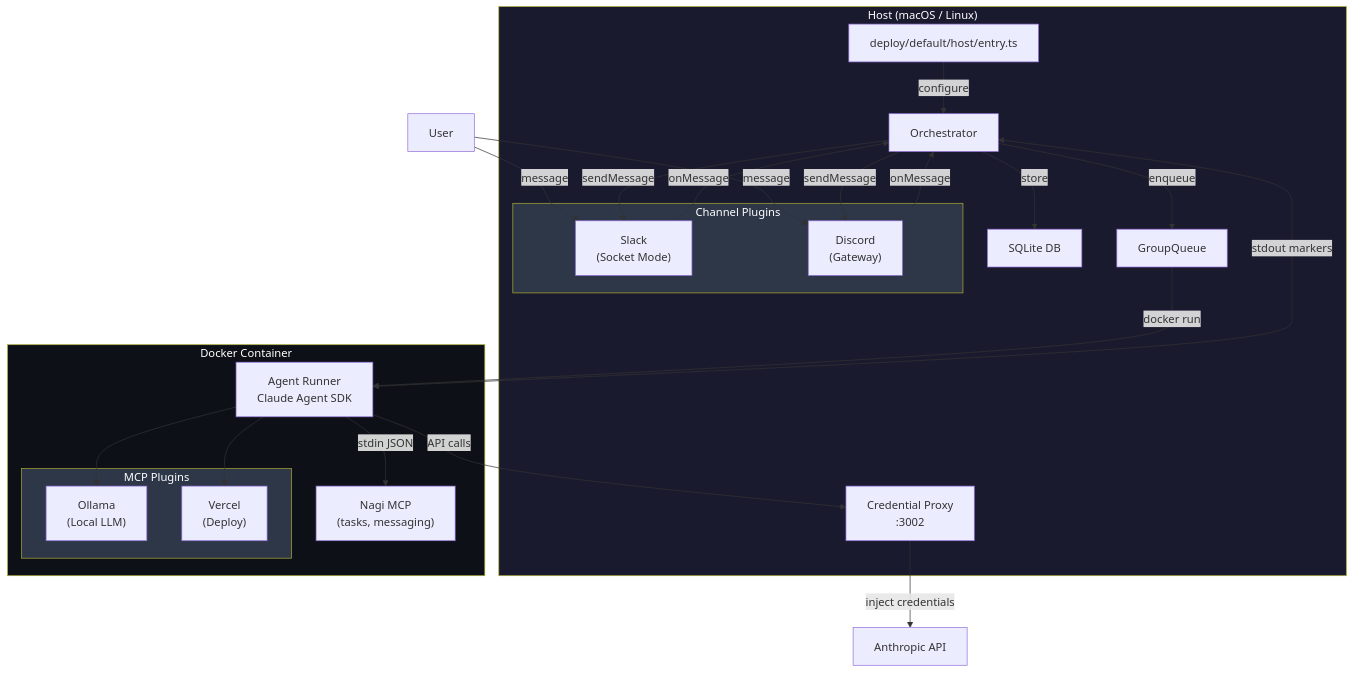
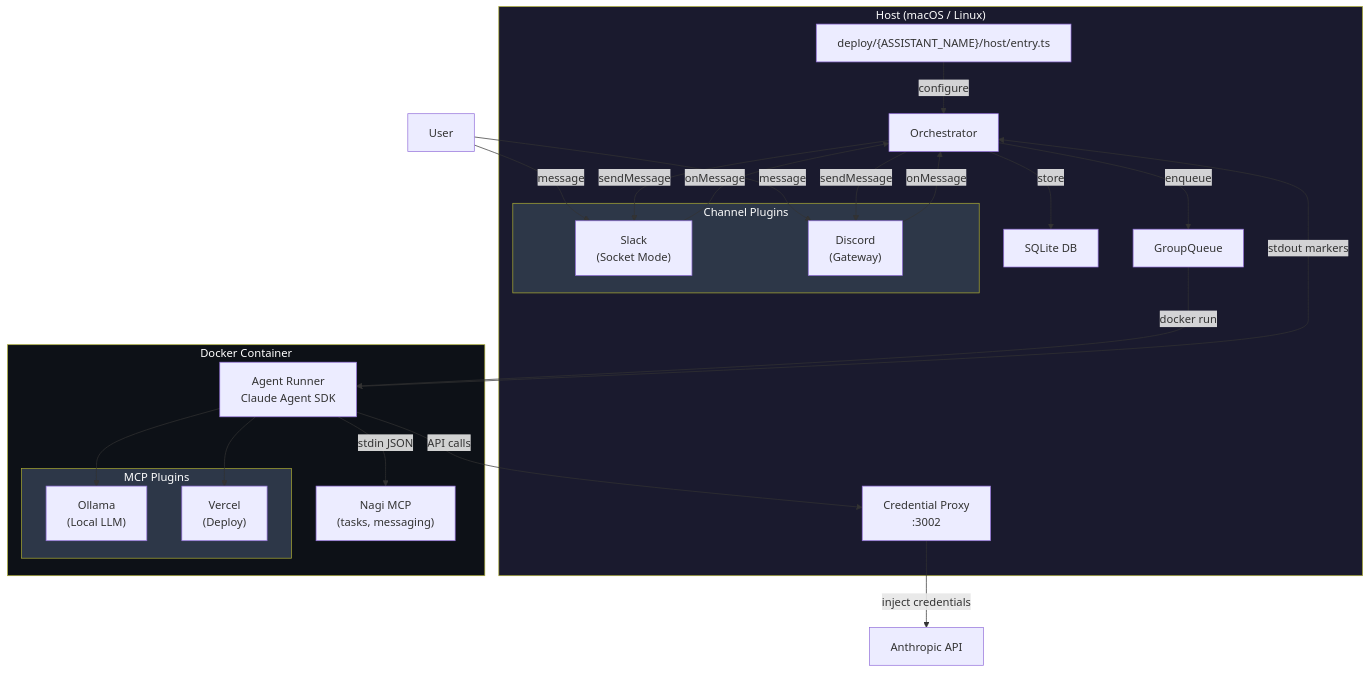
The first of 3 diagrams in docs/architecture.md (yukihirop/nagi), drawn with Mermaid before and after one commit. The commit also changed other lines of this file and 43 other files, not shown here.

````diff
--- a/docs/architecture.md
+++ b/docs/architecture.md
@@ -5,43 +5,43 @@
 ```mermaid
 graph TB
     subgraph Host["Host (macOS / Linux)"]
-        Entry["deploy/default/host/entry.ts"]
+        Entry["deploy/{ASSISTANT_NAME}/host/entry.ts"]
         Orch["Orchestrator"]
         Proxy["Credential Proxy<br/>:3002"]
         DB["SQLite DB"]
         Queue["GroupQueue"]
 
         subgraph Channels["Channel Plugins"]
             Slack["Slack<br/>(Socket Mode)"]
             Discord["Discord<br/>(Gateway)"]
         end
     end
 
     subgraph Docker["Docker Container"]
         Agent["Agent Runner<br/>Claude Agent SDK"]
         IPC_MCP["Nagi MCP<br/>(tasks, messaging)"]
 
         subgraph MCP["MCP Plugins"]
             Ollama["Ollama<br/>(Local LLM)"]
             Vercel["Vercel<br/>(Deploy)"]
         end
     end
 
     User["User"] -->|message| Slack & Discord
     Slack & Discord -->|onMessage| Orch
     Orch -->|store| DB
     Orch -->|enqueue| Queue
     Queue -->|docker run| Agent
     Agent -->|stdin JSON| IPC_MCP
     Agent <-->|stdout markers| Orch
     Agent --> Ollama & Vercel
     Agent -->|API calls| Proxy
     Proxy -->|inject credentials| API["Anthropic API"]
     Orch -->|sendMessage| Slack & Discord
     Entry -->|configure| Orch
 
     style Host fill:#1a1a2e,color:#fff
     style Docker fill:#0d1117,color:#fff
     style Channels fill:#2d3748,color:#fff
     style MCP fill:#2d3748,color:#fff
 ```
````
